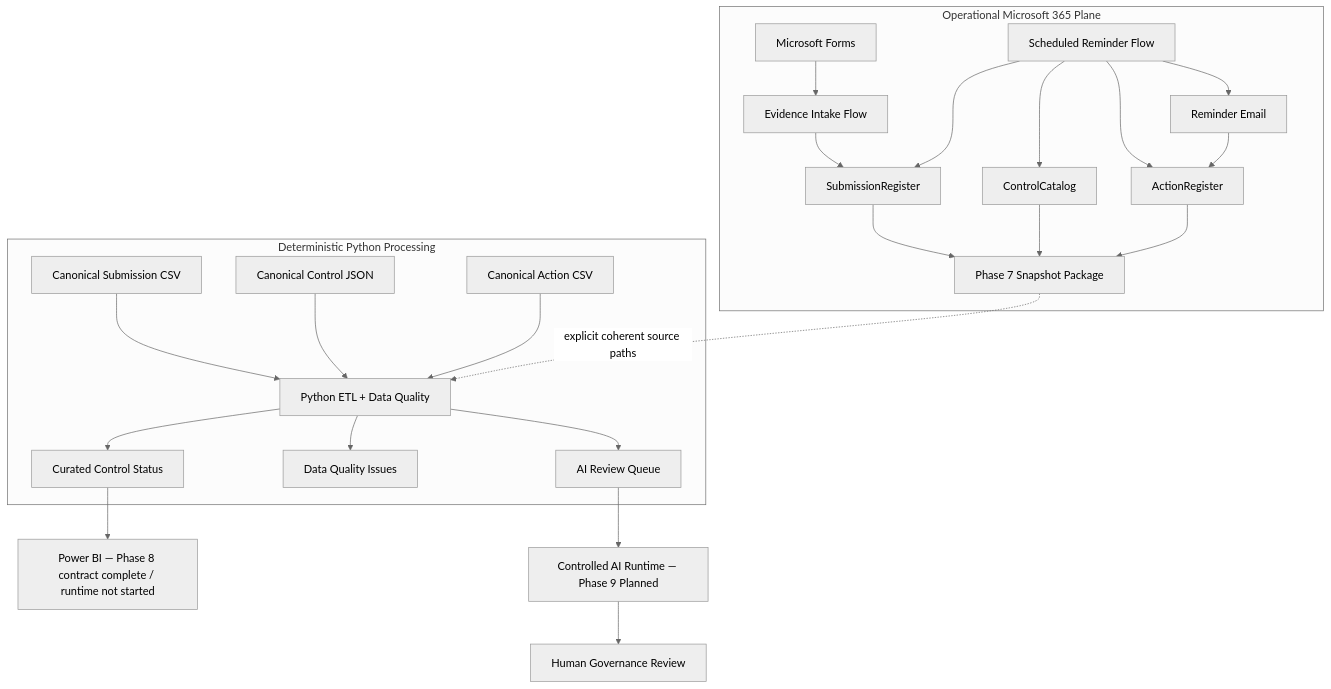
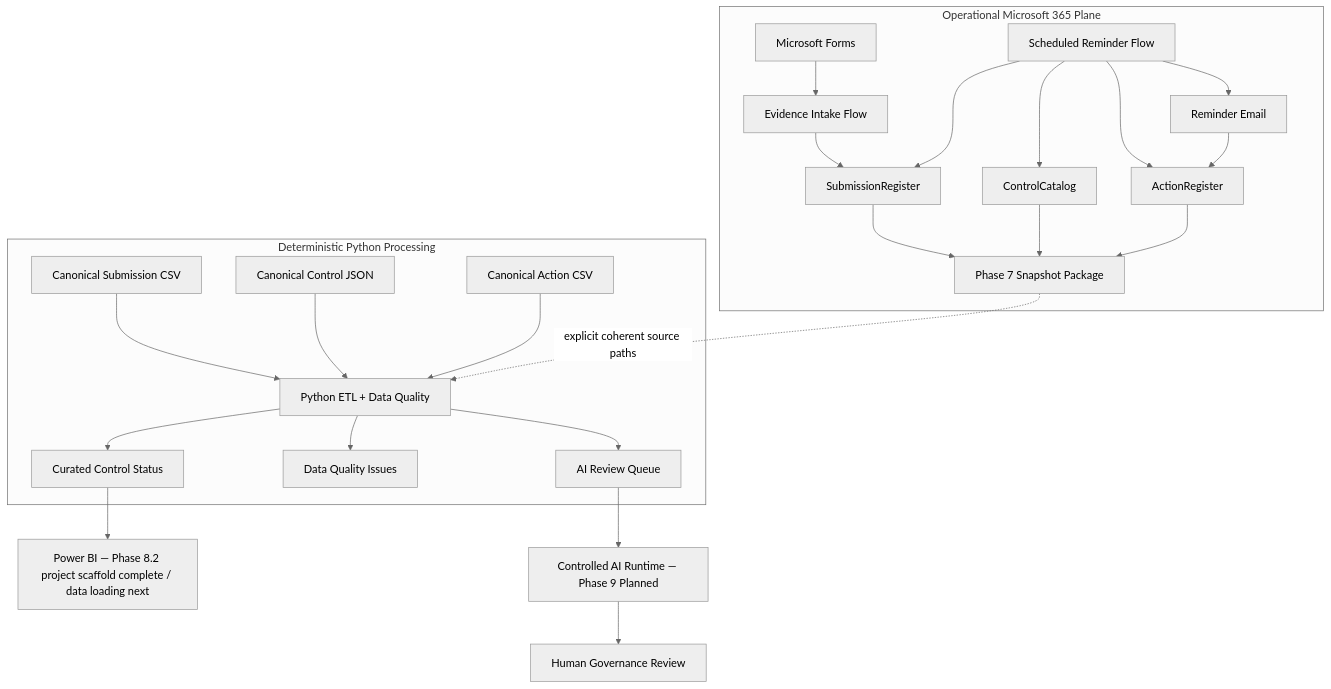
The diagram in README.md (gw-ai-security/cyber-governance-automation-lab), drawn with Mermaid (neutral theme) before and after one commit. The commit also changed other lines of this file, not shown here.

Commit message:
docs: mark Phase 8.2 project scaffold complete

````diff
--- a/README.md
+++ b/README.md
@@ -122,29 +125,29 @@
 ```mermaid
 flowchart TD
     subgraph OP[Operational Microsoft 365 Plane]
         A[Microsoft Forms] --> B[Evidence Intake Flow]
         B --> C[SubmissionRegister]
         D[Scheduled Reminder Flow] --> C
         D --> E[ControlCatalog]
         D --> F[ActionRegister]
         D --> G[Reminder Email]
         G --> F
         C --> S[Phase 7 Snapshot Package]
         E --> S
         F --> S
     end
 
     subgraph PY[Deterministic Python Processing]
         H[Canonical Submission CSV] --> K[Python ETL + Data Quality]
         I[Canonical Control JSON] --> K
         J[Canonical Action CSV] --> K
         S -. explicit coherent source paths .-> K
         K --> L[Curated Control Status]
         K --> M[Data Quality Issues]
         K --> N[AI Review Queue]
     end
 
-    L --> P[Power BI — Phase 8 contract complete / runtime not started]
+    L --> P[Power BI — Phase 8.2 project scaffold complete / data loading next]
     N --> Q[Controlled AI Runtime — Phase 9 Planned]
     Q --> R[Human Governance Review]
 ```
````
